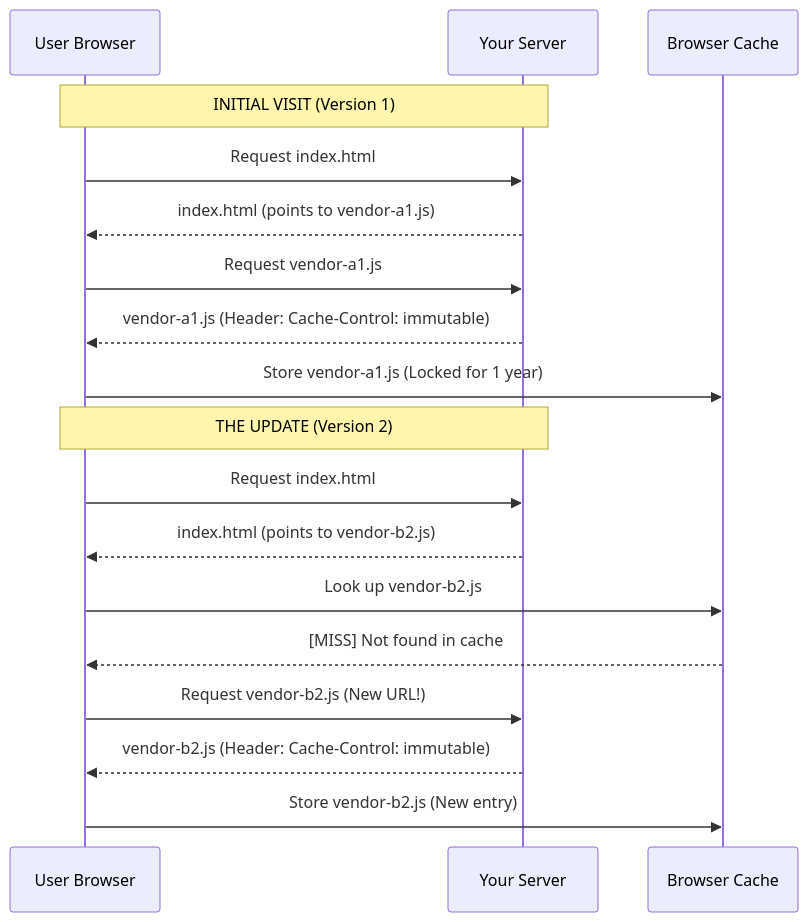
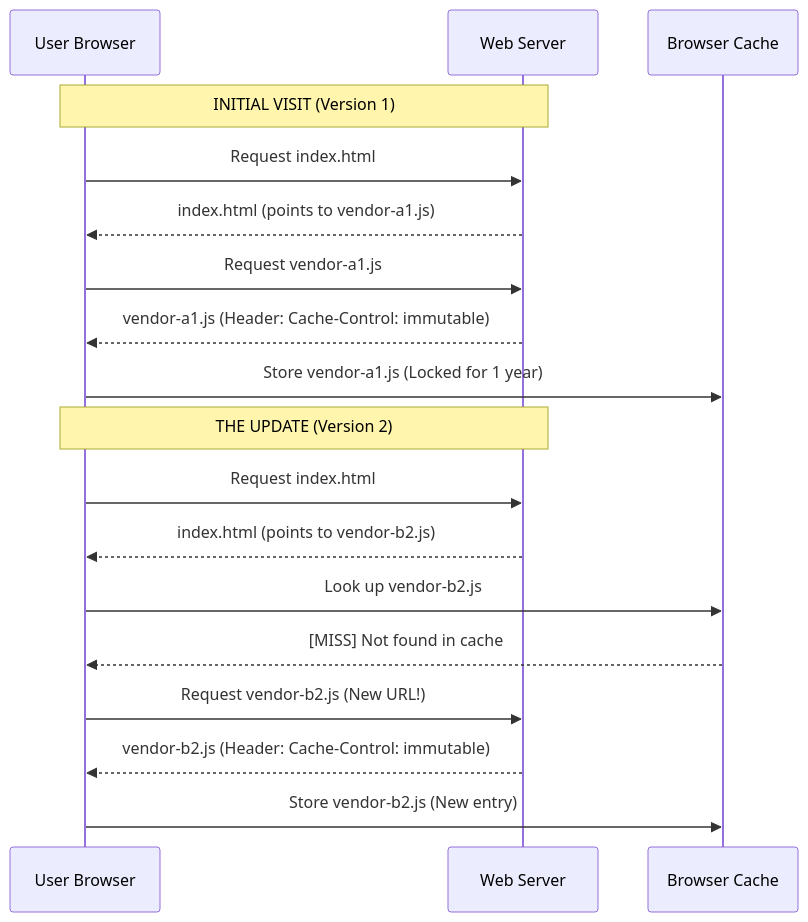
One commit to caraya/personal-blog changed the diagram in content/blog/double-keyed-caching-and-performance.md. Above: the diagram before and after it, drawn with Mermaid. The commit also changed other lines of this file and 1 other file, not shown here.

````diff
--- a/content/blog/double-keyed-caching-and-performance.md
+++ b/content/blog/double-keyed-caching-and-performance.md
@@ -73,24 +77,24 @@
 ```mermaid
 sequenceDiagram
   participant B as User Browser
-  participant S as Your Server
+  participant S as Web Server
   participant C as Browser Cache
 
   Note over B, S: INITIAL VISIT (Version 1)
   B->>S: Request index.html
   S-->>B: index.html (points to vendor-a1.js)
   B->>S: Request vendor-a1.js
   S-->>B: vendor-a1.js (Header: Cache-Control: immutable)
   B->>C: Store vendor-a1.js (Locked for 1 year)
 
   Note over B, S: THE UPDATE (Version 2)
   B->>S: Request index.html
   S-->>B: index.html (points to vendor-b2.js)
 
   B->>C: Look up vendor-b2.js
   C-->>B: [MISS] Not found in cache
 
   B->>S: Request vendor-b2.js (New URL!)
   S-->>B: vendor-b2.js (Header: Cache-Control: immutable)
   B->>C: Store vendor-b2.js (New entry)
 ```
````
